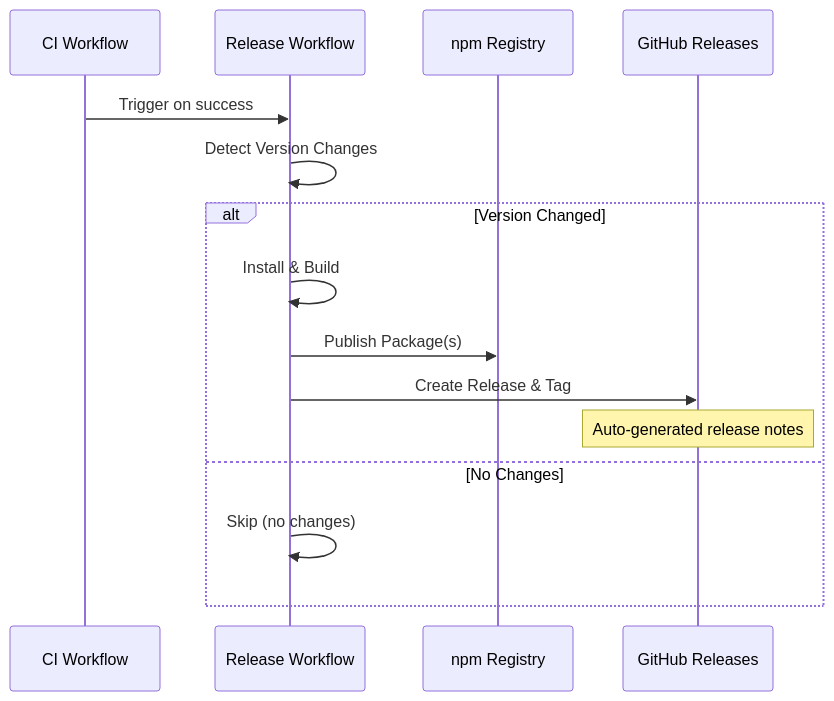
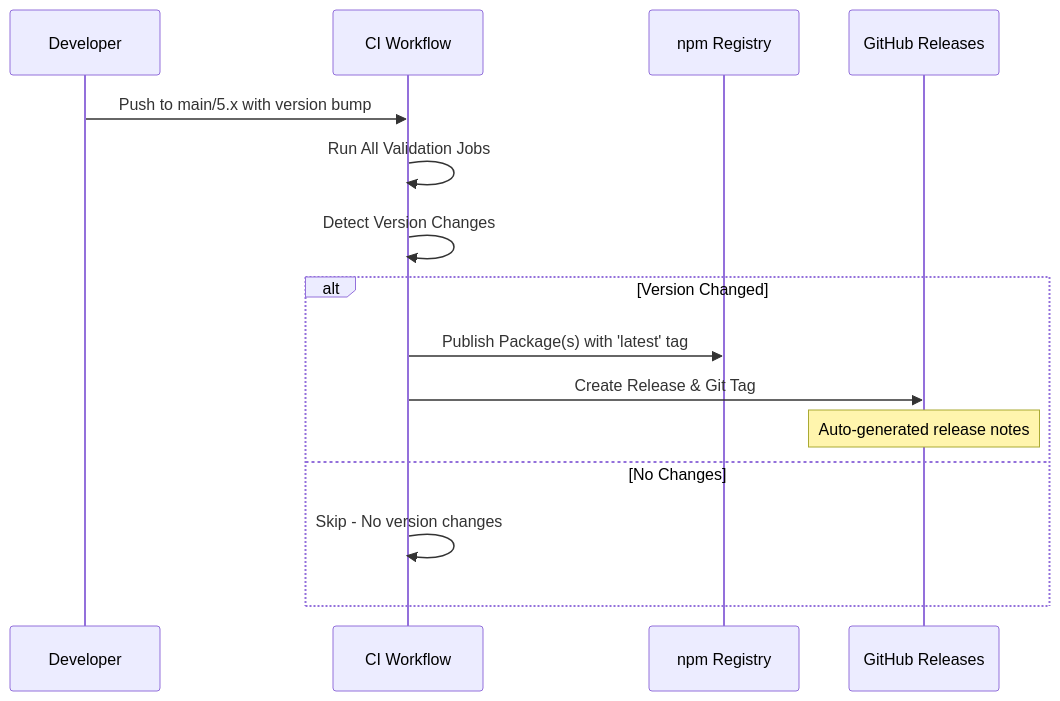
One commit to iress/design-system changed the third of 4 diagrams in .github/WORKFLOWS.md. Above: the diagram before and after it, drawn with Mermaid. The commit also changed other lines of this file and 2 other files, not shown here.

Commit message:
feat: consolidate CI/CD workflows into a unified configuration and remove the separate release workflow

````diff
--- a/.github/WORKFLOWS.md
+++ b/.github/WORKFLOWS.md
@@ -173,18 +183,18 @@
 ```mermaid
 sequenceDiagram
+    participant Dev as Developer
     participant CI as CI Workflow
-    participant R as Release Workflow
     participant NPM as npm Registry
     participant GH as GitHub Releases
 
-    CI->>R: Trigger on success
-    R->>R: Detect Version Changes
+    Dev->>CI: Push to main/5.x with version bump
+    CI->>CI: Run All Validation Jobs
+    CI->>CI: Detect Version Changes
     alt Version Changed
-        R->>R: Install & Build
-        R->>NPM: Publish Package(s)
-        R->>GH: Create Release & Tag
+        CI->>NPM: Publish Package(s) with 'latest' tag
+        CI->>GH: Create Release & Git Tag
         Note over GH: Auto-generated release notes
     else No Changes
-        R->>R: Skip (no changes)
+        CI->>CI: Skip - No version changes
     end
 ```
````
